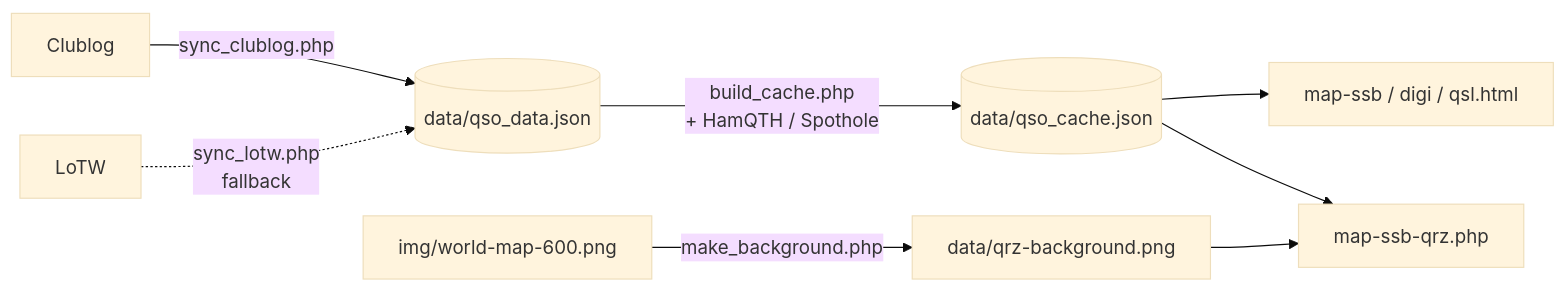
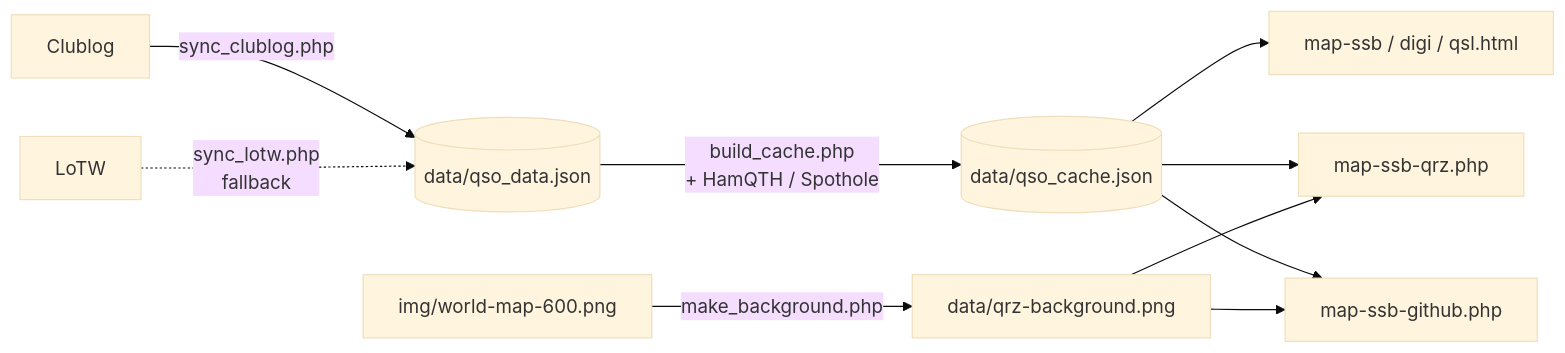
Before and after one commit to tomduca/qsomap: the diagram in README.md, drawn with Mermaid (base theme). The commit also changed other lines of this file and 2 other files, not shown here.

First line of the commit message:
Add map-ssb-github.php: live SSB map as an SVG image for the README

````diff
--- a/README.md
+++ b/README.md
@@ -21,10 +22,12 @@
 ```mermaid
 flowchart LR
     CL[Clublog] -->|sync_clublog.php| D[(data/qso_data.json)]
     LW[LoTW] -.->|sync_lotw.php<br/>fallback| D
     D -->|build_cache.php<br/>+ HamQTH / Spothole| C[(data/qso_cache.json)]
     C --> I[map-ssb / digi / qsl.html]
     C --> Q[map-ssb-qrz.php]
+    C --> G[map-ssb-github.php]
     B[img/world-map-600.png] -->|make_background.php| P[data/qrz-background.png]
     P --> Q
+    P --> G
 ```
````
